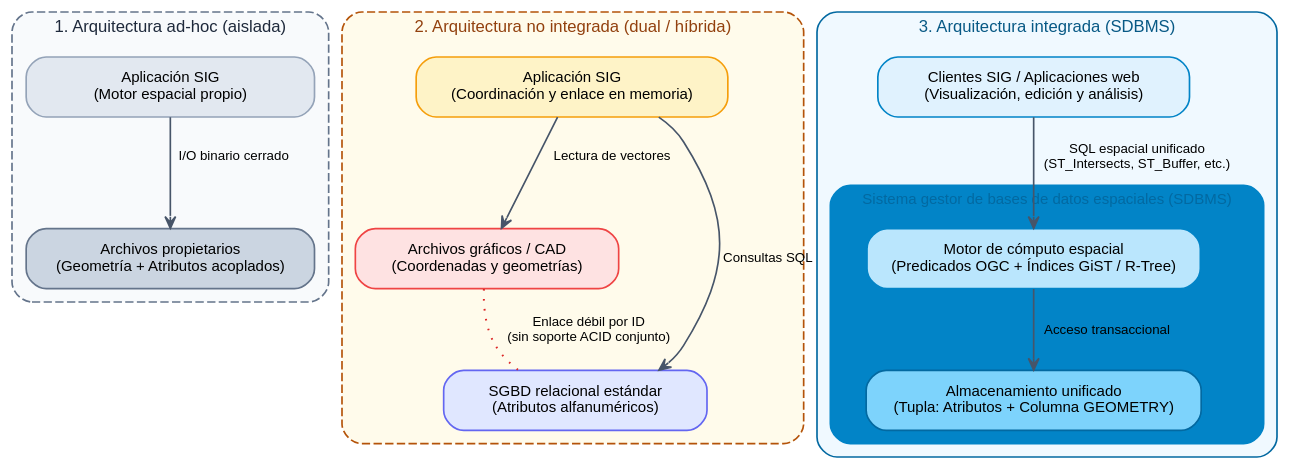
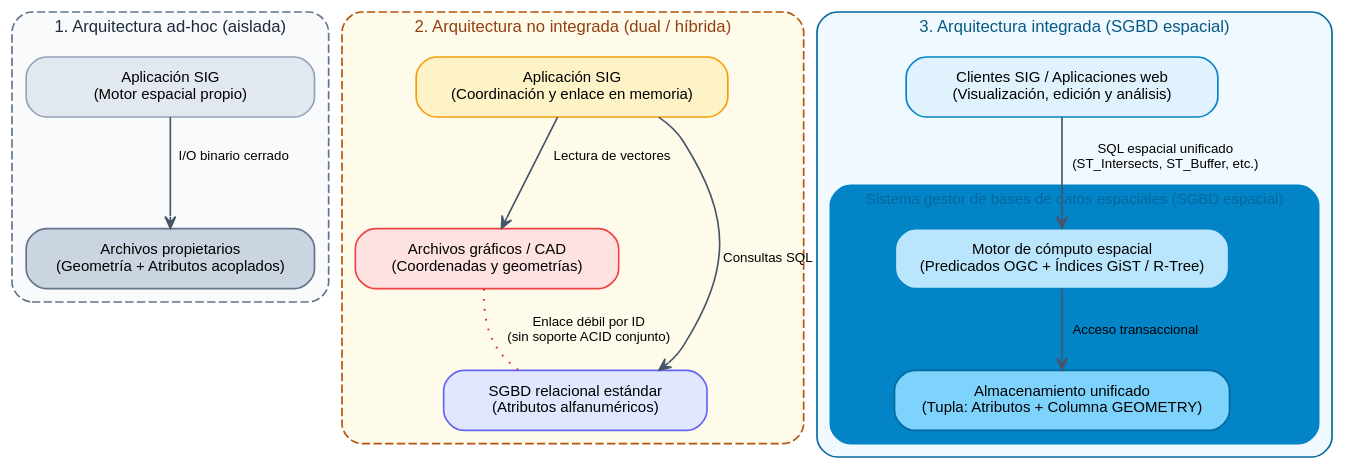
One commit to Danesvv/BDE-nestor changed the fifth of 7 diagrams in chapters/20-arquitectura_y_estandares_ogc.qmd. Above: the diagram before and after it, drawn with Graphviz. The commit also changed other lines of this file and 85 other files, not shown here.

````diff
--- a/chapters/20-arquitectura_y_estandares_ogc.qmd
+++ b/chapters/20-arquitectura_y_estandares_ogc.qmd
@@ -611,73 +750,74 @@
 ```{dot}
 //| label: fig-arquitecturas-sig-dbms
 //| fig-cap: "Evolución de las arquitecturas de integración entre SIG y bases de datos."
 //| fig-align: center
 //| fig-width: 6.5
 //| fig-height: 4
 //| echo: false
 
 digraph G {
     graph [rankdir=TB, bgcolor="transparent", nodesep=0.3, ranksep=0.4, fontname="Helvetica", compound=true];
     node [shape=box, style="filled,rounded", fontname="Helvetica", fontsize=9, penwidth=1.0];
     edge [color="#475569", arrowhead=vee, arrowsize=0.7, fontname="Helvetica", fontsize=8];
 
     subgraph cluster_adhoc {
         label = "1. Arquitectura ad-hoc (aislada)";
         style = "dashed,rounded";
         color = "#64748b";
         fontcolor = "#1e293b";
         fontsize = 10;
         bgcolor = "#f8fafc";
 
         sig1 [label="Aplicación SIG\n(Motor espacial propio)", fillcolor="#e2e8f0", color="#94a3b8", width=2.4];
         file1 [label="Archivos propietarios\n(Geometría + Atributos acoplados)", fillcolor="#cbd5e1", color="#64748b", width=2.4];
 
         sig1 -> file1 [label="I/O binario cerrado"];
     }
 
     subgraph cluster_dual {
         label = "2. Arquitectura no integrada (dual / híbrida)";
         style = "dashed,rounded";
         color = "#b45309";
         fontcolor = "#92400e";
         fontsize = 10;
         bgcolor = "#fffbeb";
 
         sig2 [label="Aplicación SIG\n(Coordinación y enlace en memoria)", fillcolor="#fef3c7", color="#f59e0b", width=2.6];
         fs2 [label="Archivos gráficos / CAD\n(Coordenadas y geometrías)", fillcolor="#fee2e2", color="#ef4444", width=2.2];
         db2 [label="SGBD relacional estándar\n(Atributos alfanuméricos)", fillcolor="#e0e7ff", color="#6366f1", width=2.2];
 
         sig2 -> fs2 [label="Lectura de vectores"];
         sig2 -> db2 [label="Consultas SQL"];
         fs2 -> db2 [style=dotted, dir=both, arrowhead=none, arrowtail=none, color="#dc2626", penwidth=1.2, label="Enlace débil por ID\n(sin soporte ACID conjunto)"];
     }
 
     subgraph cluster_integrated {
-        label = "3. Arquitectura integrada (SDBMS)";
+        label = "3. Arquitectura integrada (SGBD espacial)";
         style = "solid,rounded";
         color = "#0369a1";
         fontcolor = "#075985";
         fontsize = 10;
         bgcolor = "#f0f9ff";
 
         sig3 [label="Clientes SIG / Aplicaciones web\n(Visualización, edición y análisis)", fillcolor="#e0f2fe", color="#0284c7", width=2.6];
 
         subgraph cluster_sdbms {
-            label = "Sistema gestor de bases de datos espaciales (SDBMS)";
+            label = "Sistema gestor de bases de datos espaciales (SGBD espacial)";
             style = "filled,rounded";
             color = "#0284c7";
             fontcolor = "#0369a1";
             fontsize = 9;
             bgcolor = "#ffffff";
 
             engine [label="Motor de cómputo espacial\n(Predicados OGC + Índices GiST / R-Tree)", fillcolor="#bae6fd", color="#0284c7", width=2.4];
             tables [label="Almacenamiento unificado\n(Tupla: Atributos + Columna GEOMETRY)", fillcolor="#7dd3fc", color="#0369a1", width=2.4];
 
             engine -> tables [label="Acceso transaccional"];
         }
 
         sig3 -> engine [label="SQL espacial unificado\n(ST_Intersects, ST_Buffer, etc.)"];
     }
 }
 
+
 ```
````
